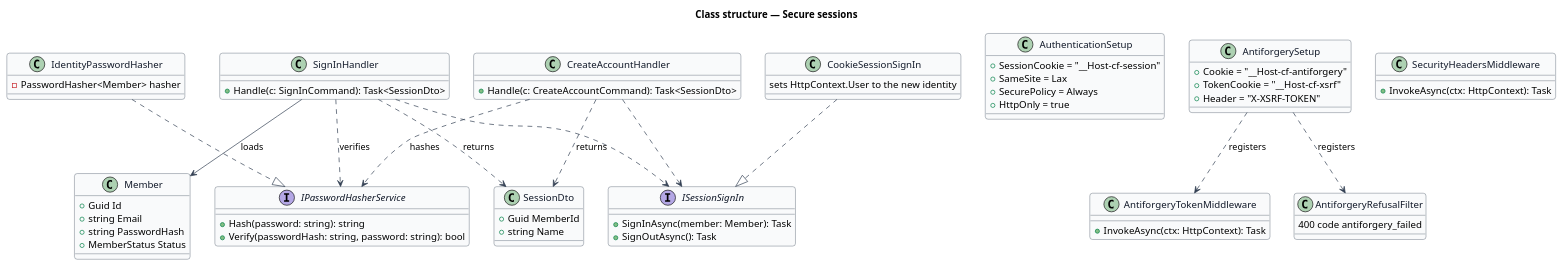
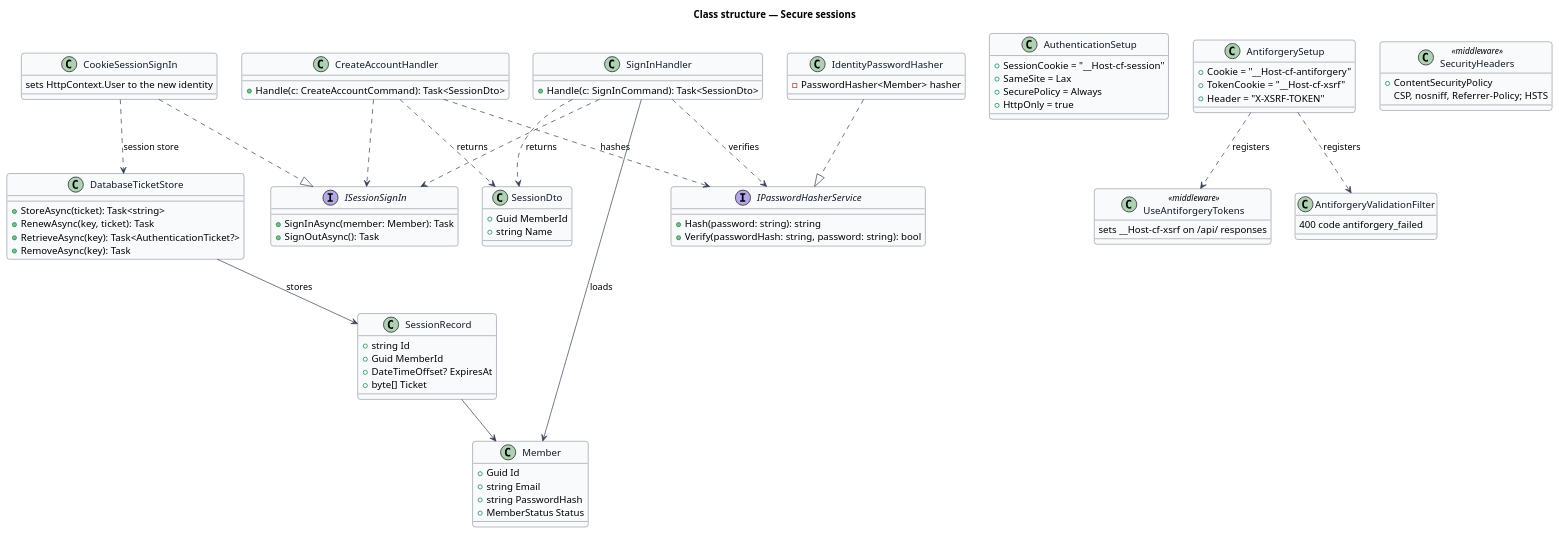
Before and after one commit to QuinntyneBrown/christian-fitness: the diagram in docs/detailed-designs/security/secure-sessions/diagrams/class.puml, drawn with PlantUML. The commit also changed 10 other files, not shown here.

```diff
--- a/docs/detailed-designs/security/secure-sessions/diagrams/class.puml
+++ b/docs/detailed-designs/security/secure-sessions/diagrams/class.puml
@@ -1,75 +1,91 @@
 @startuml
 skinparam backgroundColor #FFFFFF
 skinparam shadowing false
 skinparam roundcorner 8
 skinparam defaultFontName Arial
 skinparam ArrowColor #344054
 skinparam class {
   BorderColor #344054
   FontColor #101828
   BackgroundColor #F9FAFB
 }
 title Class structure — Secure sessions
 
 class Member {
   +Guid Id
   +string Email
   +string PasswordHash
   +MemberStatus Status
 }
 interface IPasswordHasherService {
   +Hash(password: string): string
   +Verify(passwordHash: string, password: string): bool
 }
 class IdentityPasswordHasher {
   -PasswordHasher<Member> hasher
 }
 interface ISessionSignIn {
   +SignInAsync(member: Member): Task
   +SignOutAsync(): Task
 }
 class CookieSessionSignIn {
   sets HttpContext.User to the new identity
 }
+class DatabaseTicketStore {
+  +StoreAsync(ticket): Task<string>
+  +RenewAsync(key, ticket): Task
+  +RetrieveAsync(key): Task<AuthenticationTicket?>
+  +RemoveAsync(key): Task
+}
+class SessionRecord {
+  +string Id
+  +Guid MemberId
+  +DateTimeOffset? ExpiresAt
+  +byte[] Ticket
+}
 class SignInHandler {
   +Handle(c: SignInCommand): Task<SessionDto>
 }
 class CreateAccountHandler {
   +Handle(c: CreateAccountCommand): Task<SessionDto>
 }
 class SessionDto {
   +Guid MemberId
   +string Name
 }
 class AuthenticationSetup {
   +SessionCookie = "__Host-cf-session"
   +SameSite = Lax
   +SecurePolicy = Always
   +HttpOnly = true
 }
 class AntiforgerySetup {
   +Cookie = "__Host-cf-antiforgery"
   +TokenCookie = "__Host-cf-xsrf"
   +Header = "X-XSRF-TOKEN"
 }
-class AntiforgeryTokenMiddleware {
-  +InvokeAsync(ctx: HttpContext): Task
+class UseAntiforgeryTokens <<middleware>> {
+  sets __Host-cf-xsrf on /api/ responses
 }
-class AntiforgeryRefusalFilter {
+class AntiforgeryValidationFilter {
   400 code antiforgery_failed
 }
-class SecurityHeadersMiddleware {
-  +InvokeAsync(ctx: HttpContext): Task
+class SecurityHeaders <<middleware>> {
+  +ContentSecurityPolicy
+  CSP, nosniff, Referrer-Policy; HSTS
 }
 IdentityPasswordHasher ..|> IPasswordHasherService
 CookieSessionSignIn ..|> ISessionSignIn
 SignInHandler ..> IPasswordHasherService : verifies
 CreateAccountHandler ..> IPasswordHasherService : hashes
 SignInHandler ..> ISessionSignIn
 CreateAccountHandler ..> ISessionSignIn
 SignInHandler ..> SessionDto : returns
 CreateAccountHandler ..> SessionDto : returns
 SignInHandler --> Member : loads
-AntiforgerySetup ..> AntiforgeryTokenMiddleware : registers
-AntiforgerySetup ..> AntiforgeryRefusalFilter : registers
+AntiforgerySetup ..> UseAntiforgeryTokens : registers
+AntiforgerySetup ..> AntiforgeryValidationFilter : registers
+CookieSessionSignIn ..> DatabaseTicketStore : session store
+DatabaseTicketStore --> SessionRecord : stores
+SessionRecord --> Member
 @enduml
```
